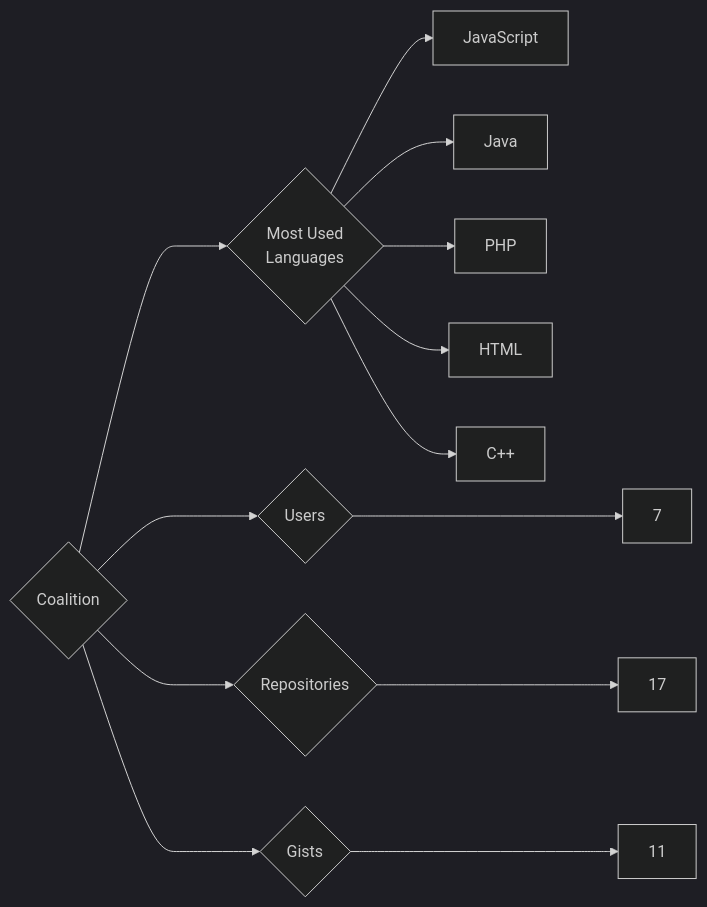
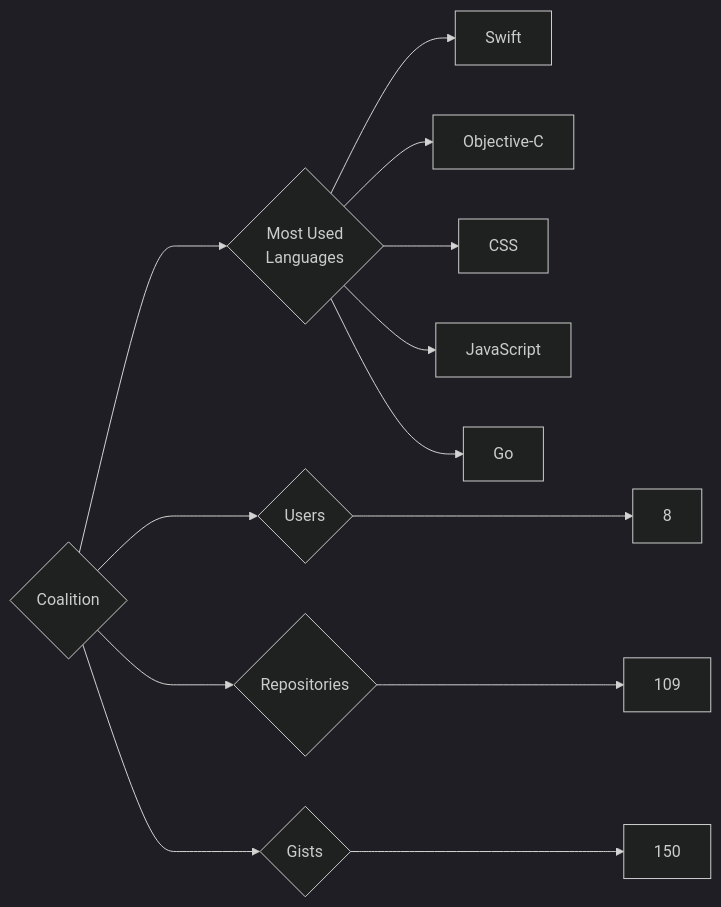
The diagram in targets/Coalition/README.md (trickest/insiders), drawn with Mermaid (dark theme) before and after one commit. The commit also changed 681 other files, not shown here.

````diff
--- a/targets/Coalition/README.md
+++ b/targets/Coalition/README.md
@@ -3,13 +3,13 @@
 ```mermaid
 graph LR
 COMPANY_NAME{Coalition}
-COMPANY_NAME ---> U{Users} ---> UN[7]
-COMPANY_NAME ---> R{Repositories} ---> RN[17]
-COMPANY_NAME ---> G{Gists} ---> GN[11]
+COMPANY_NAME ---> U{Users} ---> UN[8]
+COMPANY_NAME ---> R{Repositories} ---> RN[109]
+COMPANY_NAME ---> G{Gists} ---> GN[150]
 COMPANY_NAME ---> ML{Most Used<br>Languages}
+ML --> Swift[Swift]
+ML --> Objective-C[Objective-C]
+ML --> CSS[CSS]
 ML --> JavaScript[JavaScript]
-ML --> Java[Java]
-ML --> PHP[PHP]
-ML --> HTML[HTML]
-ML --> C++[C++]
+ML --> Go[Go]
 ```
````
